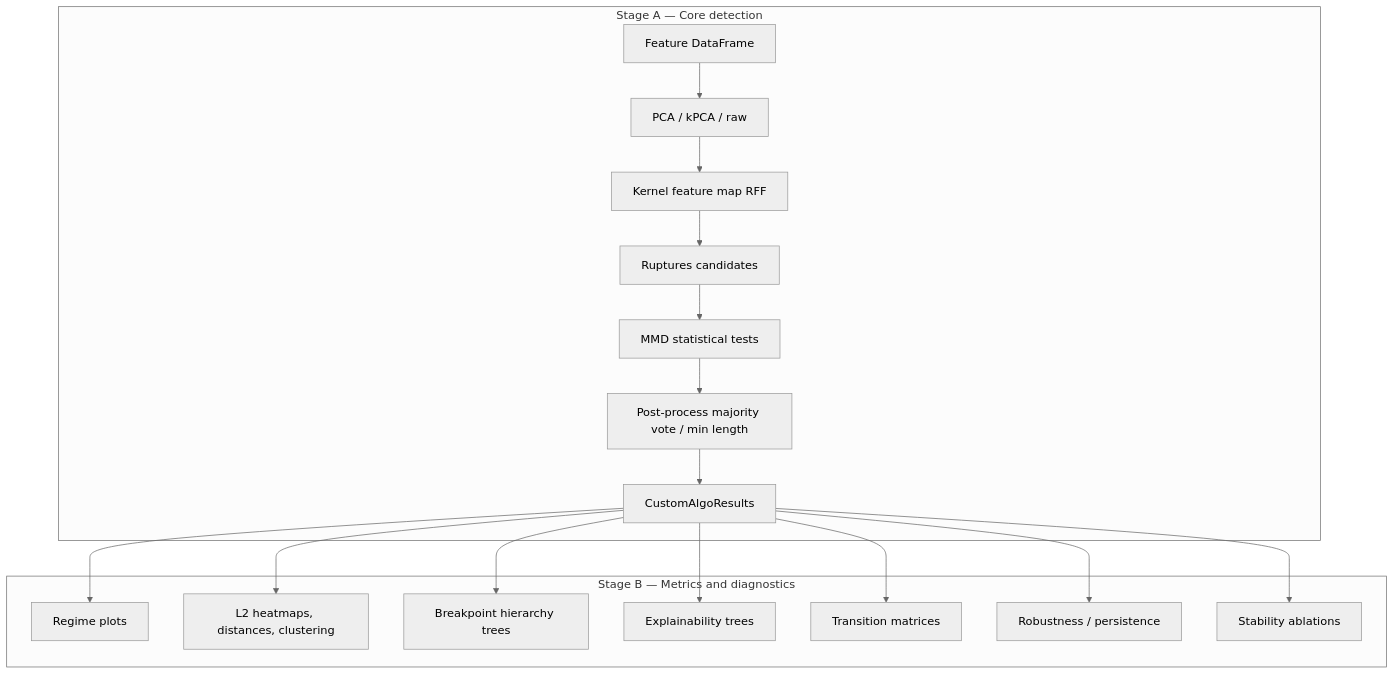
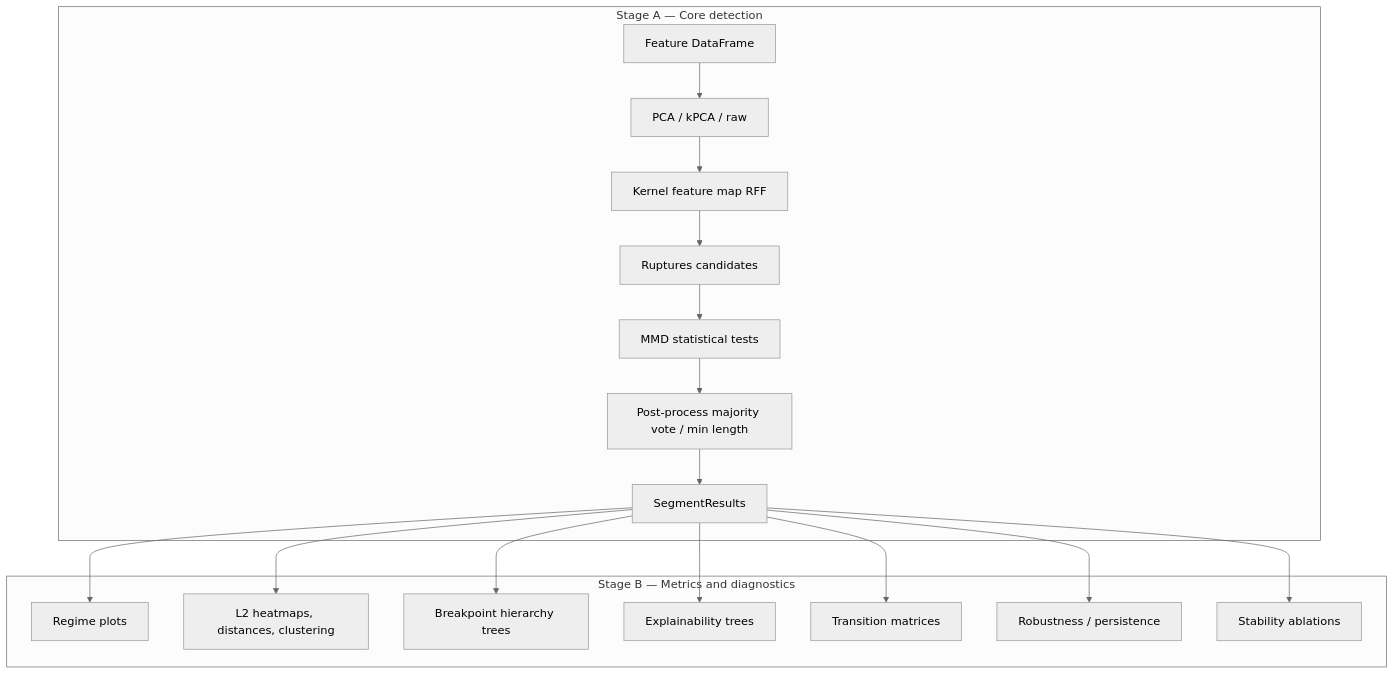
The second of 4 diagrams in README.md (FulgentMcGuffin/gulfstream), drawn with Mermaid (neutral theme) before and after one commit. The commit also changed other lines of this file and 59 other files, not shown here.

````diff
--- a/README.md
+++ b/README.md
@@ -124,21 +124,21 @@
 ```mermaid
 flowchart TB
   subgraph stageA ["Stage A — Core detection"]
     df["Feature DataFrame"] --> dimred["PCA / kPCA / raw"]
     dimred --> rff["Kernel feature map RFF"]
     rff --> rupt["Ruptures candidates"]
     rupt --> mmd["MMD statistical tests"]
     mmd --> post["Post-process majority vote / min length"]
-    post --> res["CustomAlgoResults"]
+    post --> res["SegmentResults"]
   end
 
   subgraph stageB ["Stage B — Metrics and diagnostics"]
     res --> viz["Regime plots"]
     res --> insights["L2 heatmaps, distances, clustering"]
     res --> trees["Breakpoint hierarchy trees"]
     res --> exp["Explainability trees"]
     res --> trans["Transition matrices"]
     res --> robust["Robustness / persistence"]
     res --> stab["Stability ablations"]
   end
 ```
````
